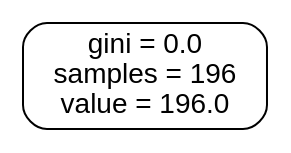
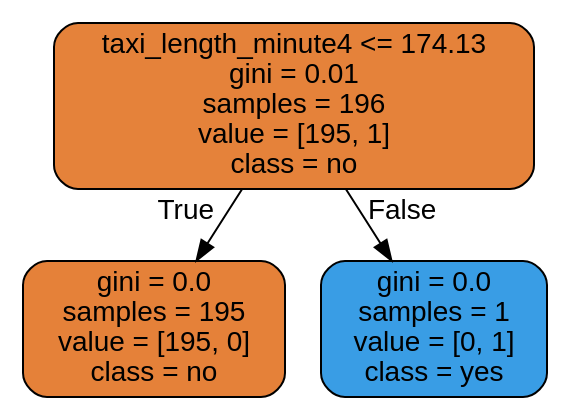
One commit to DungDinhDungDinh/capstone_project changed the diagram in t4_heavy_congestion.dot. Above: the diagram before and after it, drawn with Graphviz. The commit also changed 8 other files, not shown here.

```diff
--- a/t4_heavy_congestion.dot
+++ b/t4_heavy_congestion.dot
@@ -1,5 +1,9 @@
 digraph Tree {
 node [shape=box, style="filled, rounded", color="black", fontname="helvetica"] ;
 edge [fontname="helvetica"] ;
-0 [label="gini = 0.0\nsamples = 196\nvalue = 196.0", fillcolor="#ffffff"] ;
+0 [label="taxi_length_minute4 <= 174.13\ngini = 0.01\nsamples = 196\nvalue = [195, 1]\nclass = no", fillcolor="#e5823a"] ;
+1 [label="gini = 0.0\nsamples = 195\nvalue = [195, 0]\nclass = no", fillcolor="#e58139"] ;
+0 -> 1 [labeldistance=2.5, labelangle=45, headlabel="True"] ;
+2 [label="gini = 0.0\nsamples = 1\nvalue = [0, 1]\nclass = yes", fillcolor="#399de5"] ;
+0 -> 2 [labeldistance=2.5, labelangle=-45, headlabel="False"] ;
 }
```
